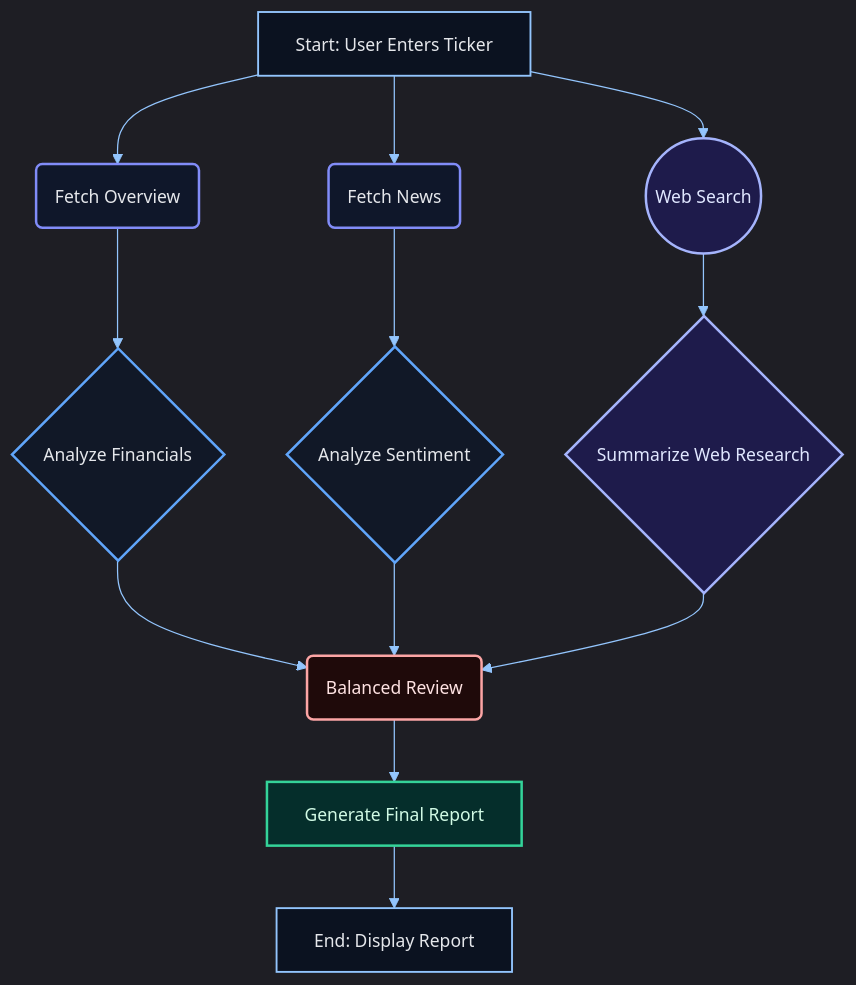
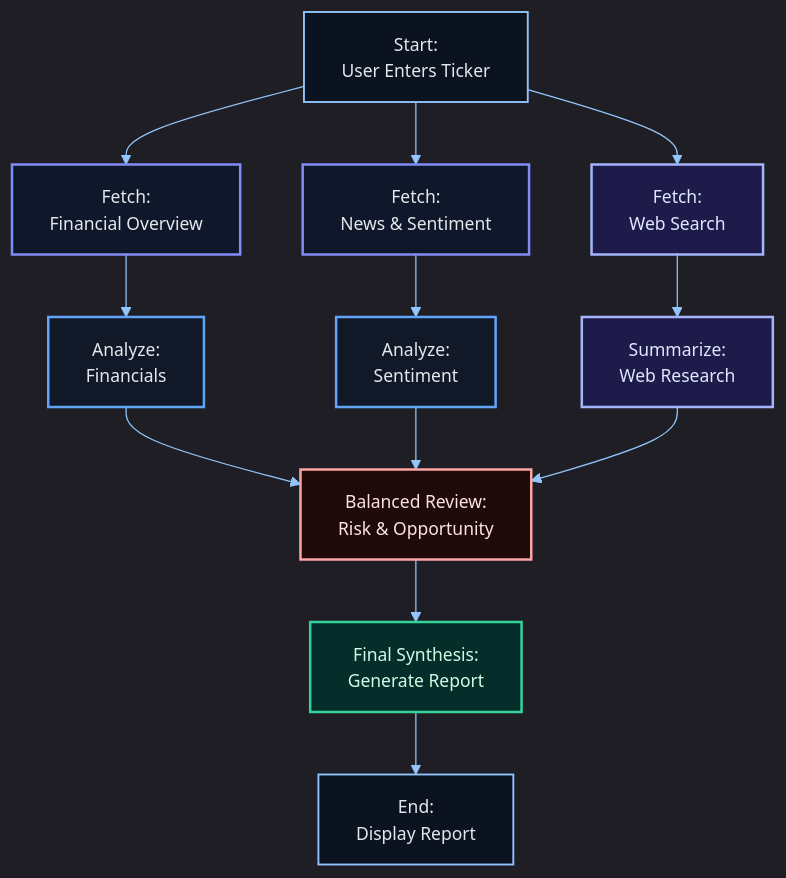
Before and after one commit to ChidambaraRaju/capital-compass: the diagram in README.md, drawn with Mermaid.

````diff
--- a/README.md
+++ b/README.md
@@ -89,44 +89,45 @@
 ```mermaid
 %%{init: {
   "theme": "dark",
   "themeVariables": {
     "primaryColor": "#0b1220",
     "primaryTextColor": "#E5E7EB",
     "primaryBorderColor": "#93C5FD",
     "lineColor": "#93C5FD",
     "tertiaryColor": "#111827",
     "fontSize": "14px",
     "fontFamily": "Inter, ui-sans-serif, system-ui, -apple-system, Segoe UI, Roboto"
   }
 }}%%
 
 graph TD
-    A[Start: User Enters Ticker] --> B(Fetch Overview)
-    A --> C(Fetch News)
-    A --> I((Web Search))
+    A[Start:<br/>User Enters Ticker] --> B[Fetch:<br/>Financial Overview]
+    A --> C[Fetch:<br/>News & Sentiment]
+    A --> I[Fetch:<br/>Web Search]
 
-    B --> D{Analyze Financials}
-    C --> E{Analyze Sentiment}
-    I --> J{Summarize Web Research}
+    B --> D[Analyze:<br/>Financials]
+    C --> E[Analyze:<br/>Sentiment]
+    I --> J[Summarize:<br/>Web Research]
 
-    D --> F(Balanced Review)
+    D --> F[Balanced Review:<br/>Risk & Opportunity]
     E --> F
     J --> F
 
-    F --> G[Generate Final Report]
-    G --> H[End: Display Report]
+    F --> G[Final Synthesis:<br/>Generate Report]
+    G --> H[End:<br/>Display Report]
 
     %% Dark-friendly styles
     classDef fetch fill:#0F172A,stroke:#818CF8,color:#E5E7EB,stroke-width:2px
     classDef websearch fill:#1E1B4B,stroke:#A5B4FC,color:#E0E7FF,stroke-width:2px
     classDef analyze fill:#111827,stroke:#60A5FA,color:#E5E7EB,stroke-width:2px
     classDef critic fill:#1F0A0A,stroke:#FCA5A5,color:#FEE2E2,stroke-width:2px
     classDef final fill:#052E2B,stroke:#34D399,color:#D1FAE5,stroke-width:2px
     classDef default fill:#0B1220,stroke:#93C5FD,color:#E5E7EB,stroke-width:1.5px
 
     class B,C fetch
     class I,J websearch
     class D,E analyze
     class F critic
     class G final
+
 ```
````
